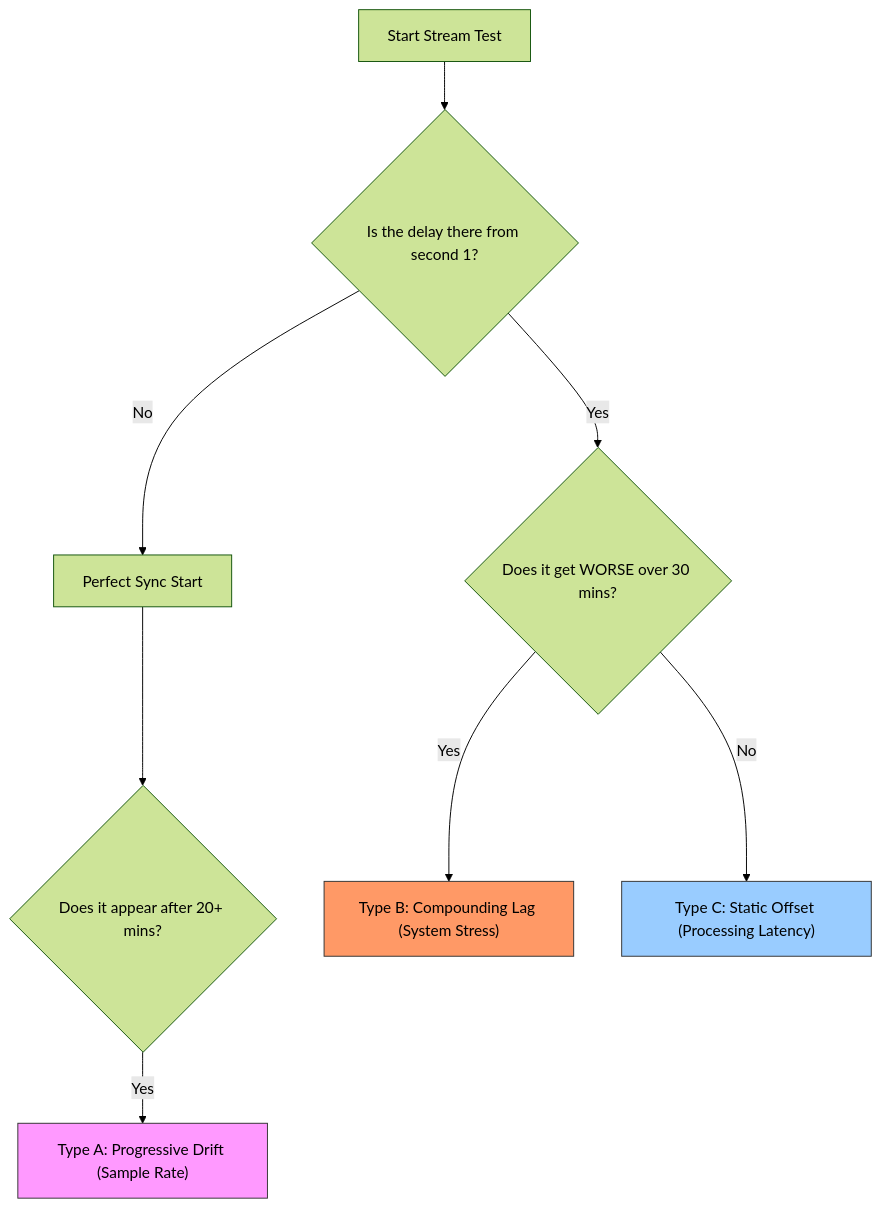
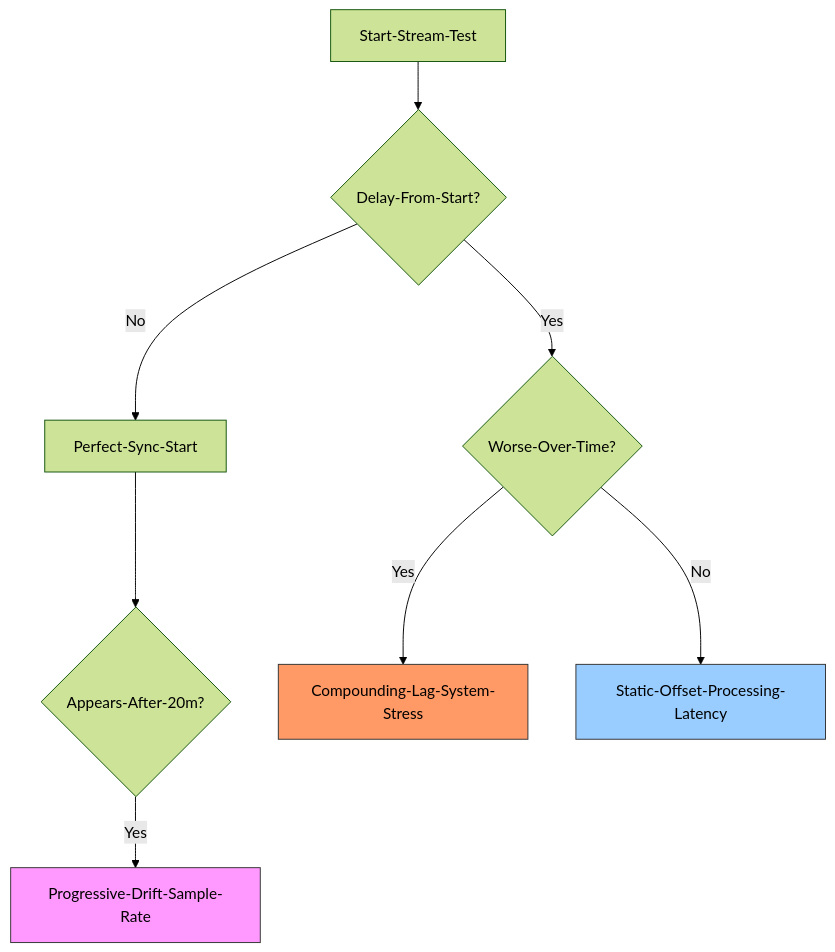
The diagram in data/blog/obs-audio-desync-tiktok-live-diagnostic-2026.mdx (littl3-boat/ttwise), drawn with Mermaid (forest theme) before and after one commit. The commit also changed 35 other files, not shown here.

First line of the commit message:
feat: fix Mermaid diagram syntax across blog posts and add new Reddit-sourced blog entries

````diff
--- a/data/blog/obs-audio-desync-tiktok-live-diagnostic-2026.mdx
+++ b/data/blog/obs-audio-desync-tiktok-live-diagnostic-2026.mdx
@@ -24,14 +24,14 @@
 ```mermaid
-graph TD
-    A[Start Stream Test] --> B{Is the delay there from second 1?}
-    B -->|Yes| C{Does it get WORSE over 30 mins?}
-    B -->|No| D[Perfect Sync Start]
-    D --> E{Does it appear after 20+ mins?}
-    E -->|Yes| F["Type A: Progressive Drift (Sample Rate)"]
-    C -->|Yes| G["Type B: Compounding Lag (System Stress)"]
-    C -->|No| H["Type C: Static Offset (Processing Latency)"]
+flowchart TD
+    A[Start-Stream-Test] --> B{Delay-From-Start?}
+    B -- Yes --> C{Worse-Over-Time?}
+    B -- No --> D[Perfect-Sync-Start]
+    D --> E{Appears-After-20m?}
+    E -- Yes --> F[Progressive-Drift-Sample-Rate]
+    C -- Yes --> G[Compounding-Lag-System-Stress]
+    C -- No --> H[Static-Offset-Processing-Latency]
     
     style F fill:#f9f,stroke:#333
     style G fill:#f96,stroke:#333
     style H fill:#9cf,stroke:#333
 ```
````
